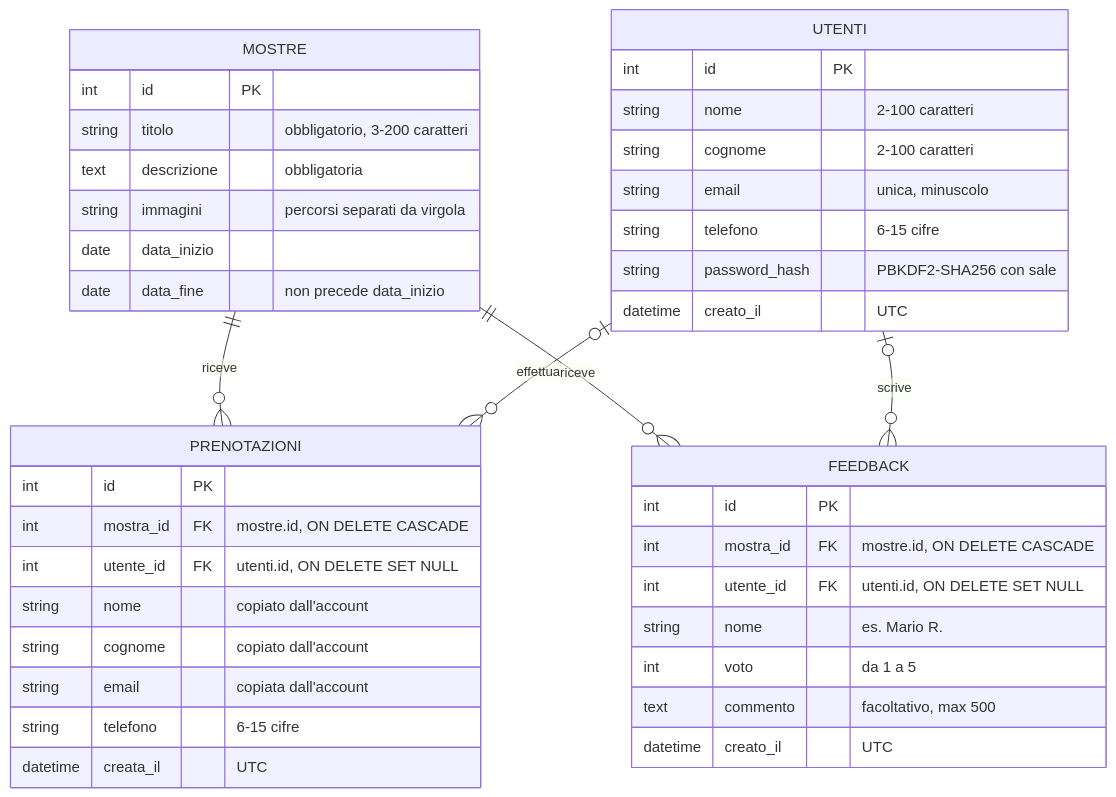
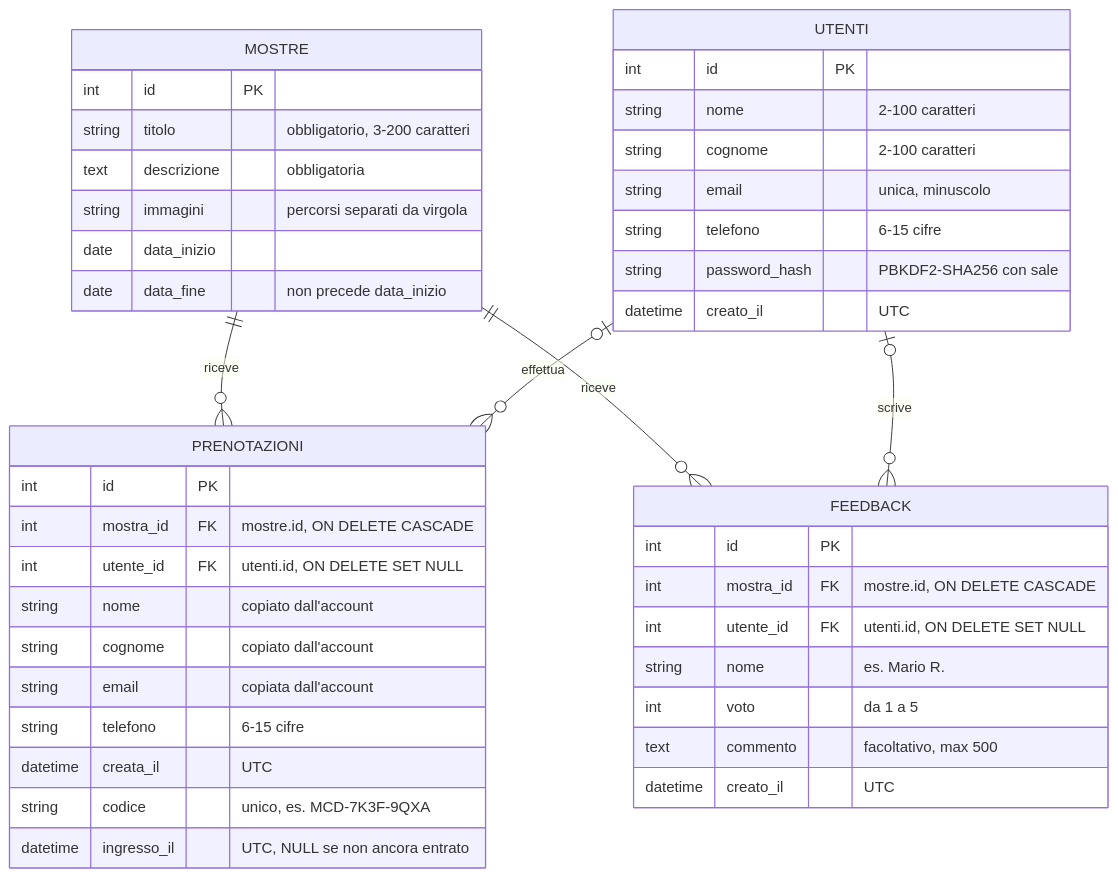
One commit to reverserob/museo-digitale-pw changed the second of 5 diagrams in docs/guida/architettura.md. Above: the diagram before and after it, drawn with Mermaid. The commit also changed other lines of this file and 39 other files, not shown here.

````diff
--- a/docs/guida/architettura.md
+++ b/docs/guida/architettura.md
@@ -95,45 +96,47 @@
 ```mermaid
 erDiagram
     MOSTRE ||--o{ PRENOTAZIONI : "riceve"
     MOSTRE ||--o{ FEEDBACK : "riceve"
     UTENTI |o--o{ PRENOTAZIONI : "effettua"
     UTENTI |o--o{ FEEDBACK : "scrive"
 
     UTENTI {
         int id PK
         string nome "2-100 caratteri"
         string cognome "2-100 caratteri"
         string email "unica, minuscolo"
         string telefono "6-15 cifre"
         string password_hash "PBKDF2-SHA256 con sale"
         datetime creato_il "UTC"
     }
 
     MOSTRE {
         int id PK
         string titolo "obbligatorio, 3-200 caratteri"
         text descrizione "obbligatoria"
         string immagini "percorsi separati da virgola"
         date data_inizio
         date data_fine "non precede data_inizio"
     }
     PRENOTAZIONI {
         int id PK
         int mostra_id FK "mostre.id, ON DELETE CASCADE"
         int utente_id FK "utenti.id, ON DELETE SET NULL"
         string nome "copiato dall'account"
         string cognome "copiato dall'account"
         string email "copiata dall'account"
         string telefono "6-15 cifre"
         datetime creata_il "UTC"
+        string codice "unico, es. MCD-7K3F-9QXA"
+        datetime ingresso_il "UTC, NULL se non ancora entrato"
     }
     FEEDBACK {
         int id PK
         int mostra_id FK "mostre.id, ON DELETE CASCADE"
         int utente_id FK "utenti.id, ON DELETE SET NULL"
         string nome "es. Mario R."
         int voto "da 1 a 5"
         text commento "facoltativo, max 500"
         datetime creato_il "UTC"
     }
 ```
````
